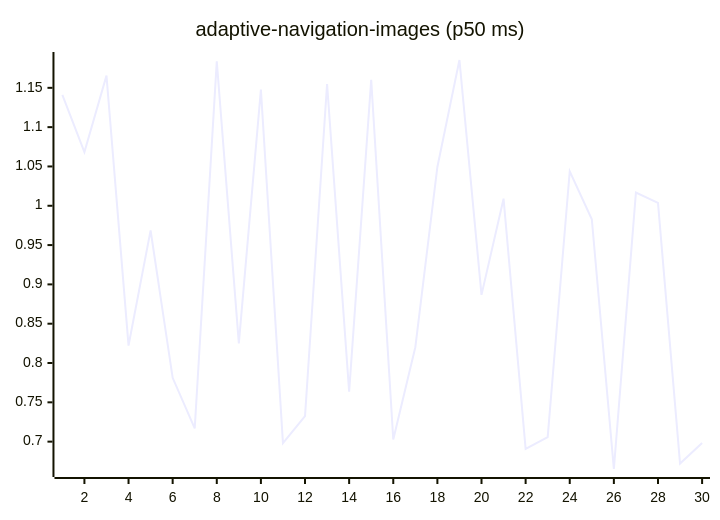
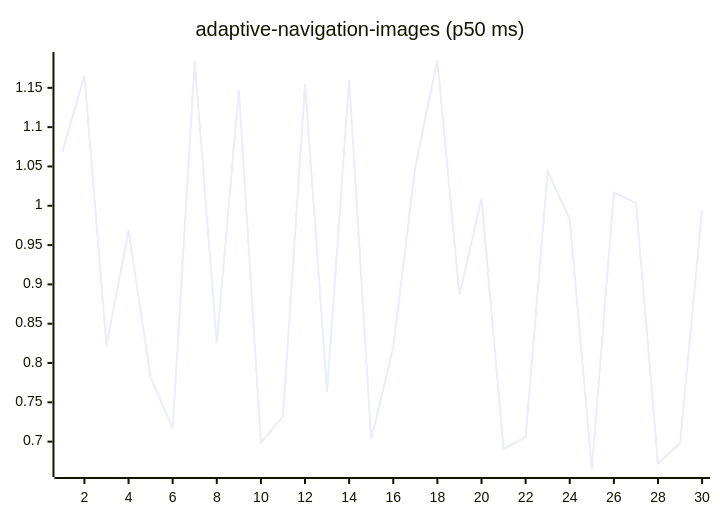
Before and after one commit to josha/Facet: the first of 27 diagrams in README.md, drawn with Mermaid. The commit also changed other lines of this file and 2 other files, not shown here.

````diff
--- a/README.md
+++ b/README.md
@@ -63,6 +63,6 @@
 ```mermaid
 xychart-beta
     title "adaptive-navigation-images (p50 ms)"
     x-axis 1 --> 30
-    line [1.1410, 1.0683, 1.1655, 0.8222, 0.9687, 0.7812, 0.7168, 1.1836, 0.8250, 1.1478, 0.6980, 0.7325, 1.1549, 0.7635, 1.1603, 0.7028, 0.8201, 1.0494, 1.1854, 0.8867, 1.0090, 0.6909, 0.7058, 1.0439, 0.9829, 0.6652, 1.0169, 1.0037, 0.6721, 0.6983]
+    line [1.0683, 1.1655, 0.8222, 0.9687, 0.7812, 0.7168, 1.1836, 0.8250, 1.1478, 0.6980, 0.7325, 1.1549, 0.7635, 1.1603, 0.7028, 0.8201, 1.0494, 1.1854, 0.8867, 1.0090, 0.6909, 0.7058, 1.0439, 0.9829, 0.6652, 1.0169, 1.0037, 0.6721, 0.6983, 0.9956]
 ```
````
